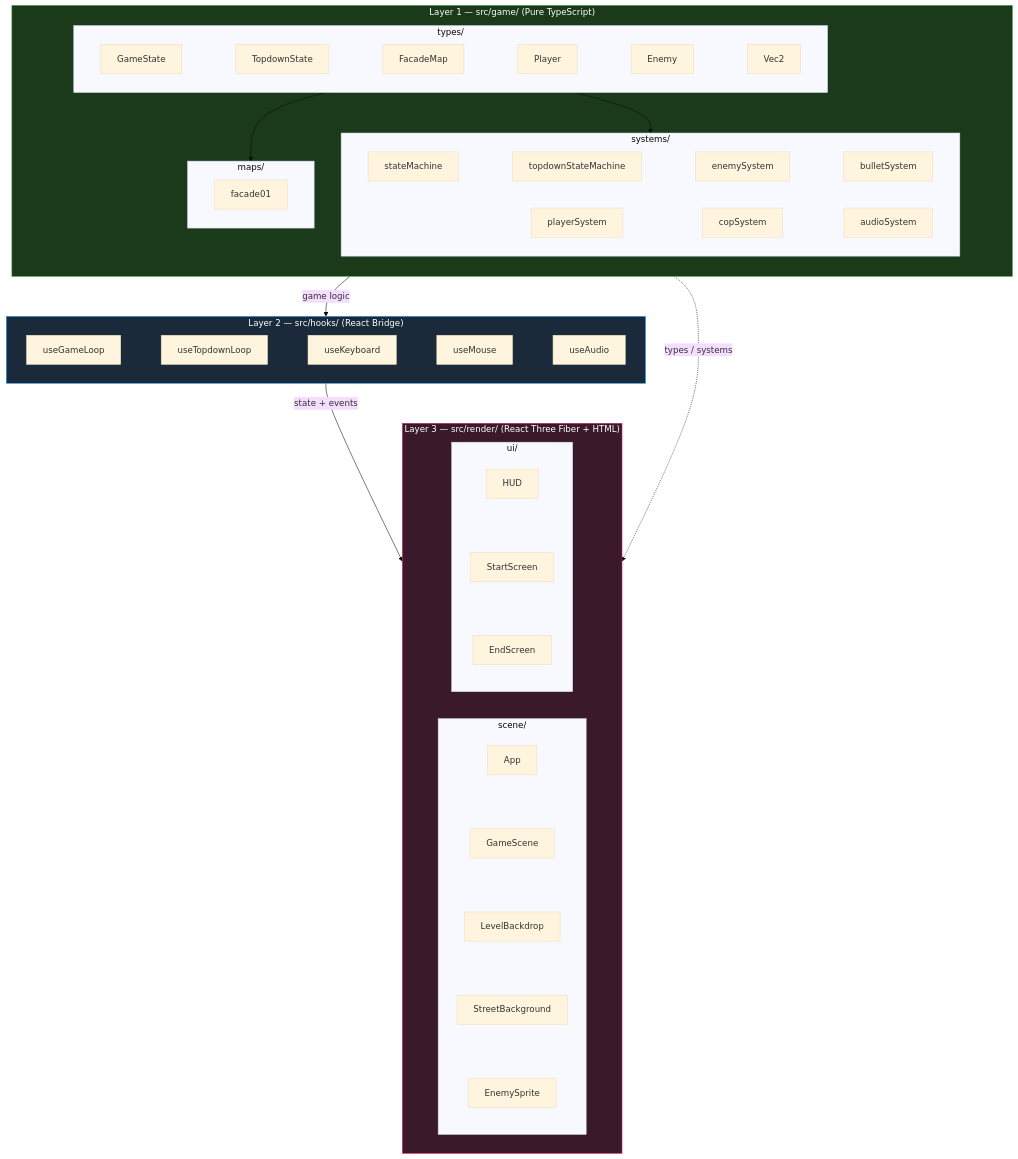
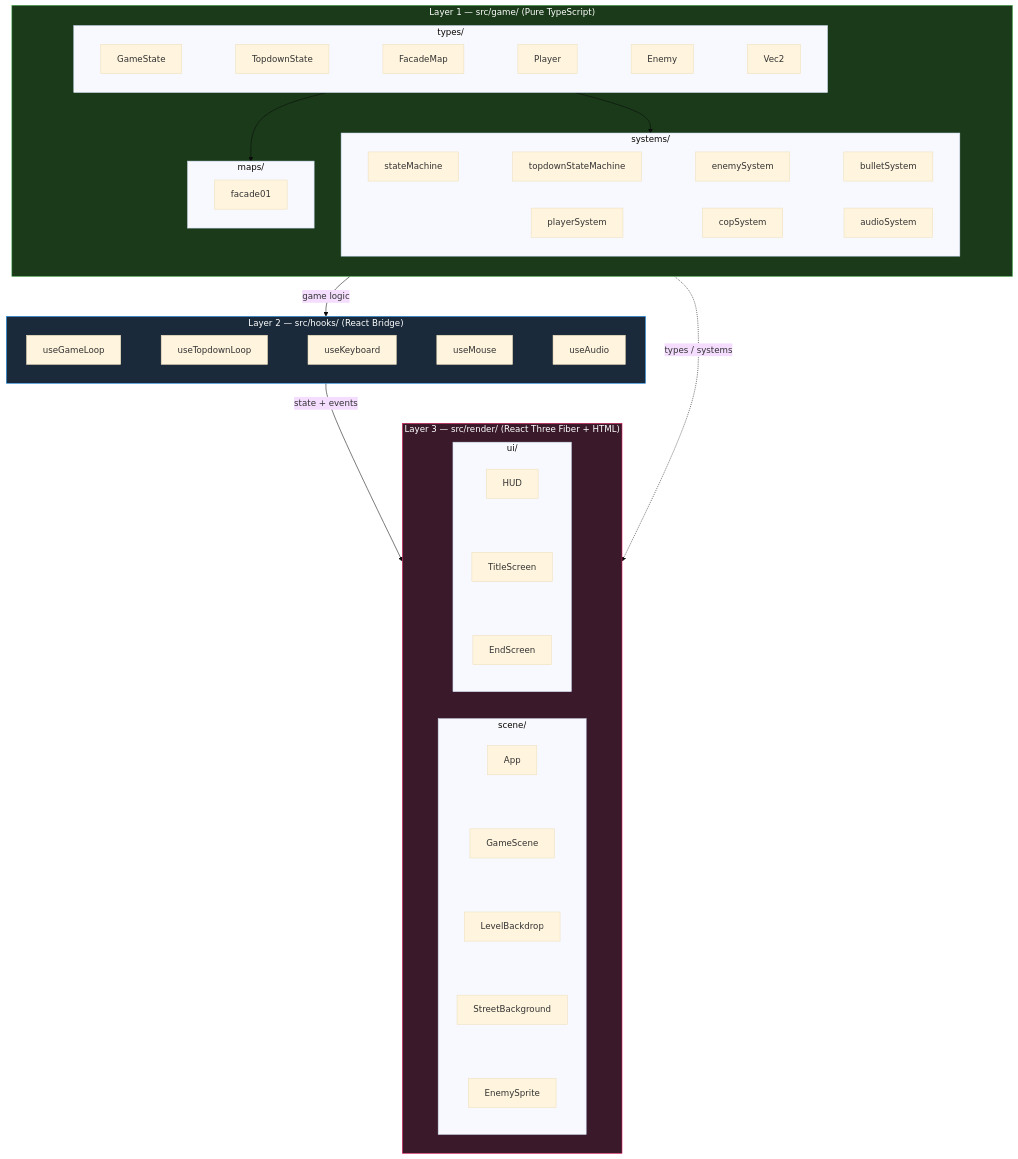
Before and after one commit to bczy/prohimuf: the diagram in docs/diagrams/architecture-layers.md, drawn with Mermaid (base theme). The commit also changed 13 other files, not shown here.

````diff
--- a/docs/diagrams/architecture-layers.md
+++ b/docs/diagrams/architecture-layers.md
@@ -3,39 +3,39 @@
 ```mermaid
 flowchart TD
     subgraph L1["Layer 1 — src/game/ (Pure TypeScript)"]
         direction TB
         subgraph types["types/"]
             T1[GameState] ~~~ T2[TopdownState] ~~~ T3[FacadeMap] ~~~ T4[Player] ~~~ T5[Enemy] ~~~ T6[Vec2]
         end
         subgraph systems["systems/"]
             S1[stateMachine] ~~~ S2[topdownStateMachine] ~~~ S3[enemySystem] ~~~ S4[bulletSystem]
             S5[playerSystem] ~~~ S6[copSystem] ~~~ S8[audioSystem]
         end
         subgraph maps["maps/"]
             M1[facade01]
         end
         types --> systems
         types --> maps
     end
 
     subgraph L2["Layer 2 — src/hooks/ (React Bridge)"]
         H1[useGameLoop] ~~~ H2[useTopdownLoop] ~~~ H3[useKeyboard] ~~~ H4[useMouse] ~~~ H5[useAudio]
     end
 
     subgraph L3["Layer 3 — src/render/ (React Three Fiber + HTML)"]
         subgraph scene["scene/"]
             R1[App] ~~~ R2[GameScene] ~~~ R3[LevelBackdrop] ~~~ R4[StreetBackground] ~~~ R5[EnemySprite]
         end
         subgraph ui["ui/"]
-            U1[HUD] ~~~ U2[StartScreen] ~~~ U3[EndScreen]
+            U1[HUD] ~~~ U2[TitleScreen] ~~~ U3[EndScreen]
         end
     end
 
     L1 -->|game logic| L2
     L2 -->|state + events| L3
     L1 -.->|types / systems| L3
 
     style L1 fill:#1a3a1a,stroke:#4caf50,color:#fff
     style L2 fill:#1a2a3a,stroke:#2196f3,color:#fff
     style L3 fill:#3a1a2a,stroke:#e91e63,color:#fff
 ```
````
